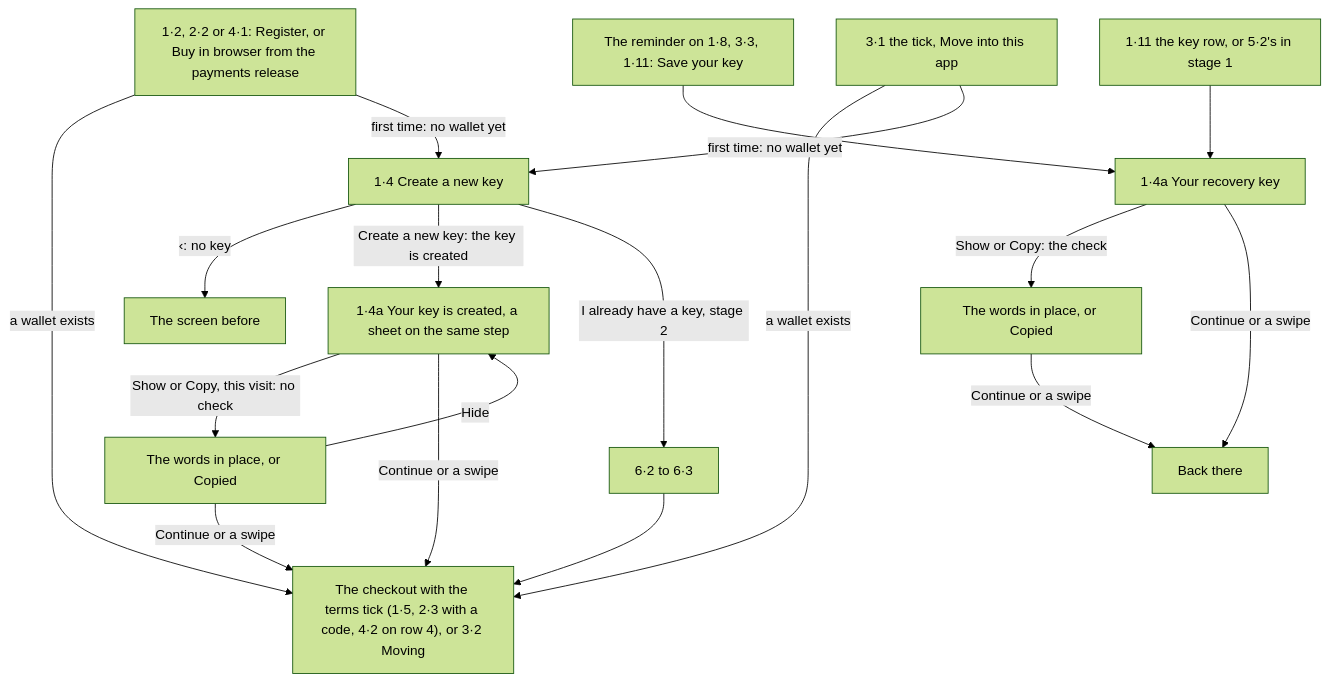
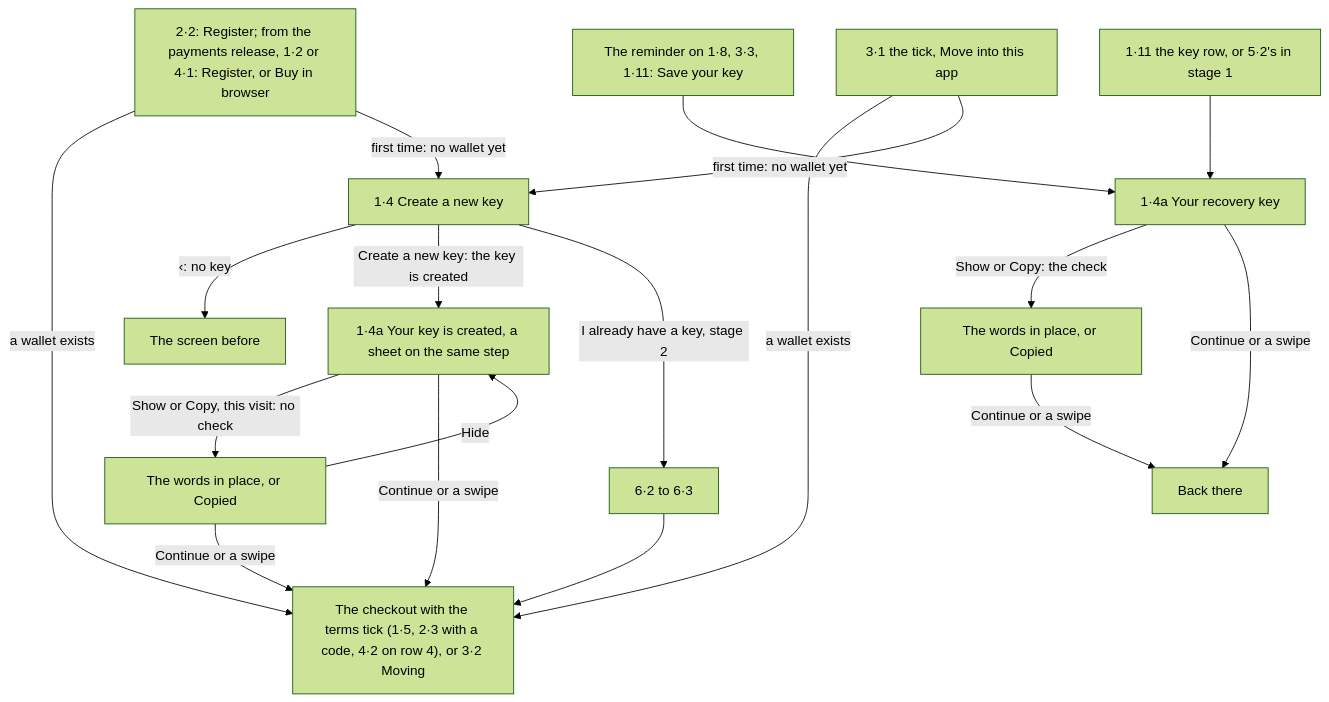
Before and after one commit to simplex-chat/simplex-chat: the fifth of 11 diagrams in plans/2026-10-30-names-in-app-purchases.md, drawn with Mermaid (forest theme). The commit also changed other lines of this file, not shown here.

````diff
--- a/plans/2026-10-30-names-in-app-purchases.md
+++ b/plans/2026-10-30-names-in-app-purchases.md
@@ -797,20 +797,20 @@
 ```mermaid
 flowchart TD
-  search["1·2, 2·2 or 4·1: Register, or Buy in browser from the payments release"] -->|"a wallet exists"| next["The checkout with the terms tick (1·5, 2·3 with a code, 4·2 on row 4), or 3·2 Moving"]
+  search["2·2: Register; from the payments release, 1·2 or 4·1: Register, or Buy in browser"] -->|"a wallet exists"| next["The checkout with the terms tick (1·5, 2·3 with a code, 4·2 on row 4), or 3·2 Moving"]
   move["3·1 the tick, Move into this app"] -->|"a wallet exists"| next
   search -->|"first time: no wallet yet"| key["1·4 Create a new key"]
   move -->|"first time: no wallet yet"| key
   key -->|"‹: no key"| before["The screen before"]
   key -->|"Create a new key: the key is created"| sheet["1·4a Your key is created, a sheet on the same step"]
   key -->|"I already have a key, stage 2"| restore["6·2 to 6·3"]
   restore --> next
   sheet -->|"Show or Copy, this visit: no check"| shown["The words in place, or Copied"]
   shown -->|Hide| sheet
   shown -->|"Continue or a swipe"| next
   sheet -->|"Continue or a swipe"| next
   reminder["The reminder on 1·8, 3·3, 1·11: Save your key"] --> later["1·4a Your recovery key"]
   row["1·11 the key row, or 5·2's in stage 1"] --> later
   later -->|"Show or Copy: the check"| shownlater["The words in place, or Copied"]
   later -->|"Continue or a swipe"| back["Back there"]
   shownlater -->|"Continue or a swipe"| back
 ```
````
